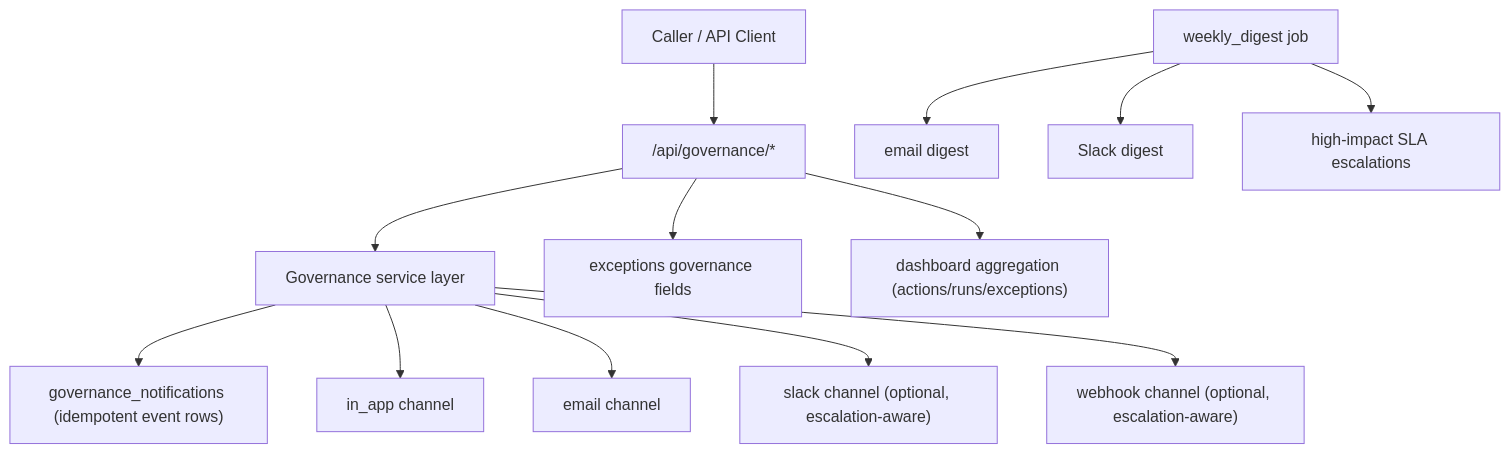
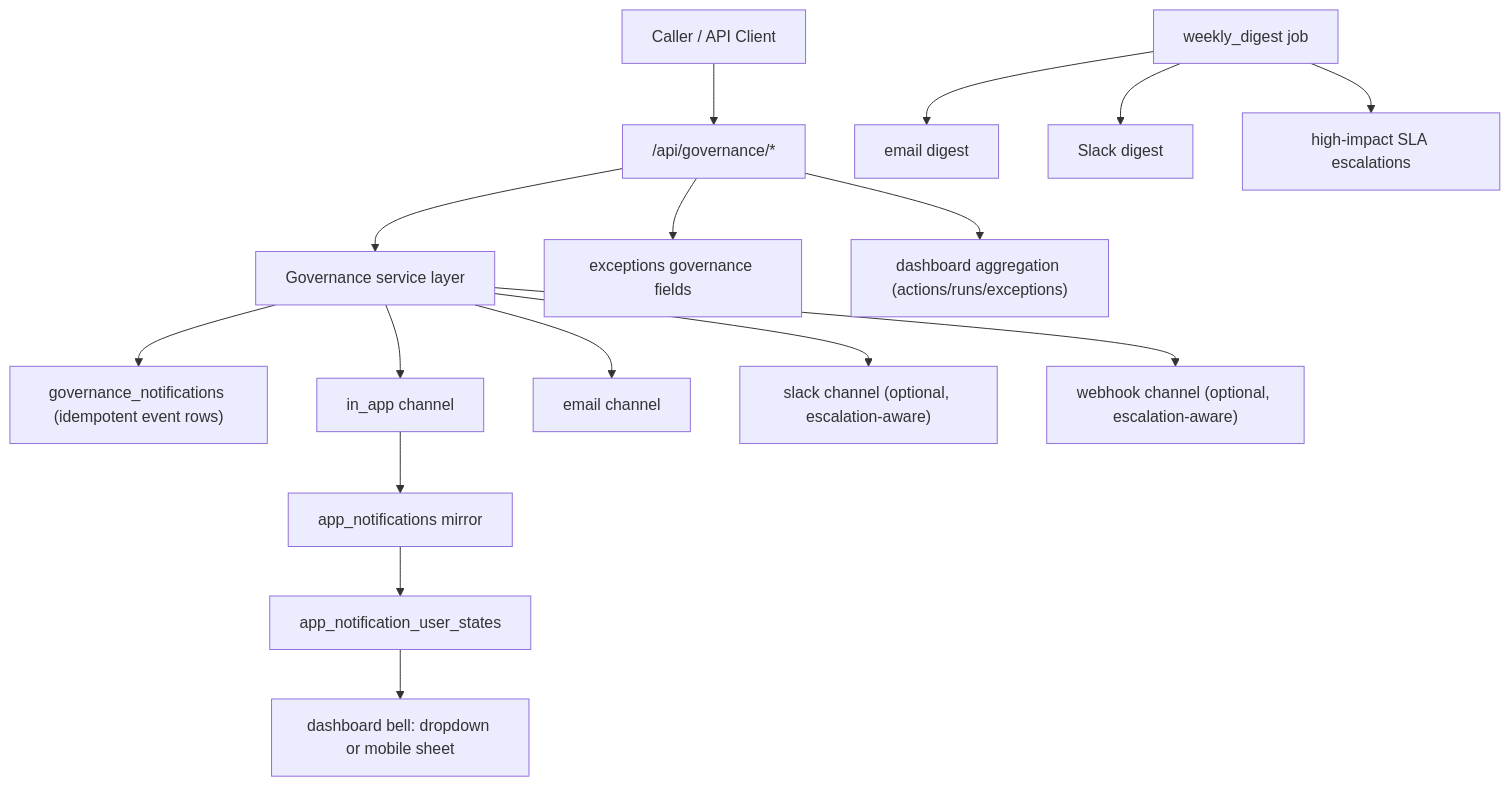
One commit to marcoIbrahim0/awsautopilot changed the diagram in docs/features/communication-governance-layer.md. Above: the diagram before and after it, drawn with Mermaid. The commit also changed other lines of this file and 3485 other files, not shown here.

````diff
--- a/docs/features/communication-governance-layer.md
+++ b/docs/features/communication-governance-layer.md
@@ -118,15 +141,18 @@
 ```mermaid
 flowchart TD
     A["Caller / API Client"] --> B["/api/governance/*"]
     B --> C["Governance service layer"]
     C --> D["governance_notifications (idempotent event rows)"]
     C --> E["in_app channel"]
     C --> F["email channel"]
     C --> G["slack channel (optional, escalation-aware)"]
     C --> H["webhook channel (optional, escalation-aware)"]
+    E --> O["app_notifications mirror"]
+    O --> P["app_notification_user_states"]
+    P --> Q["dashboard bell: dropdown or mobile sheet"]
     B --> I["exceptions governance fields"]
     B --> J["dashboard aggregation (actions/runs/exceptions)"]
     K["weekly_digest job"] --> L["email digest"]
     K --> M["Slack digest"]
     K --> N["high-impact SLA escalations"]
 ```
````
